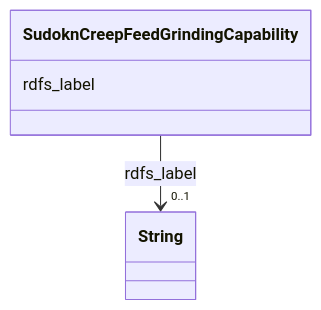
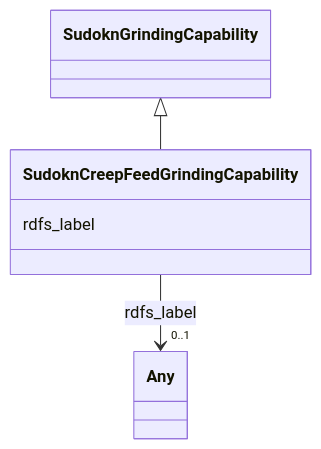
Before and after one commit to frink-okn/graph-descriptions: the diagram in sudokn-kg/classes/SudoknCreepFeedGrindingCapability.md, drawn with Mermaid. The commit also changed other lines of this file and 903 other files, not shown here.

````diff
--- a/sudokn-kg/classes/SudoknCreepFeedGrindingCapability.md
+++ b/sudokn-kg/classes/SudoknCreepFeedGrindingCapability.md
@@ -23,15 +18,18 @@
 ```mermaid
  classDiagram
     class SudoknCreepFeedGrindingCapability
     click SudoknCreepFeedGrindingCapability href "../SudoknCreepFeedGrindingCapability"
+      SudoknGrindingCapability <|-- SudoknCreepFeedGrindingCapability
+        click SudoknGrindingCapability href "../SudoknGrindingCapability"
+      
       SudoknCreepFeedGrindingCapability : rdfs_label
         
           
     
     
-    SudoknCreepFeedGrindingCapability --> "0..1" String : rdfs_label
-    click String href "../String"
+    SudoknCreepFeedGrindingCapability --> "0..1" Any : rdfs_label
+    click Any href "../Any"
 
         
       
 ```
````
